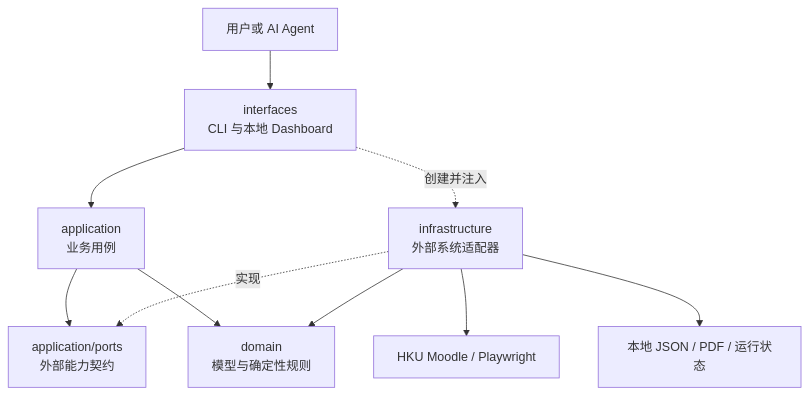
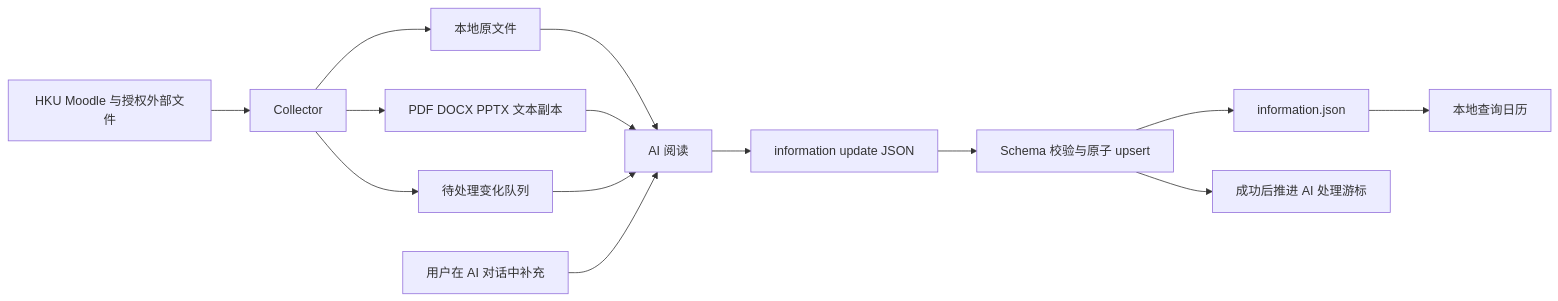
Before and after one commit to Jerry6921/HSAS: the first of 2 diagrams in ARCHITECTURE.md, drawn with Mermaid. The commit also changed other lines of this file and 96 other files, not shown here.

````diff
--- a/ARCHITECTURE.md
+++ b/ARCHITECTURE.md
@@ -11,12 +8,16 @@
-~~~mermaid
-flowchart TB
-    User[用户或 AI Agent] --> Interfaces[interfaces<br/>CLI 与本地 Dashboard]
-    Interfaces --> Application[application<br/>业务用例]
-    Application --> Ports[application/ports<br/>外部能力契约]
-    Application --> Domain[domain<br/>模型与确定性规则]
-    Interfaces -. 创建并注入 .-> Infrastructure[infrastructure<br/>外部系统适配器]
-    Infrastructure -. 实现 .-> Ports
-    Infrastructure --> Domain
-    Infrastructure --> Moodle[HKU Moodle / Playwright]
-    Infrastructure --> Resources[本地 JSON / PDF / 运行状态]
-~~~
+```mermaid
+flowchart LR
+    Moodle[HKU Moodle 与授权外部文件] --> Collector[Collector]
+    Collector --> Files[本地原文件]
+    Collector --> Text[PDF DOCX PPTX 文本副本]
+    Collector --> Queue[待处理变化队列]
+    Files --> AI[AI 阅读]
+    Text --> AI
+    Queue --> AI
+    User[用户在 AI 对话中补充] --> AI
+    AI --> Update[information update JSON]
+    Update --> Validator[Schema 校验与原子 upsert]
+    Validator --> Store[information.json]
+    Validator --> Checkpoint[成功后推进 AI 处理游标]
+    Store --> Calendar[本地查询日历]
+```
````
